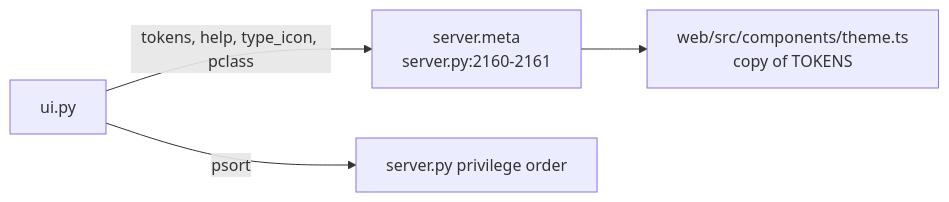
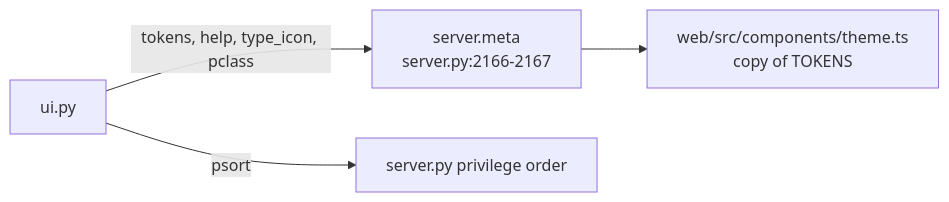
Before and after one commit to darshanmeel/snowflake-access-explorer: the diagram in snowflake-access-explorer-knowledge-graph/modules/ui.md, drawn with Mermaid. The commit also changed 62 other files, not shown here.

First line of the commit message:
Docs and knowledge graph for the SQL panel; section SQL leaves the app's own queries out like the tab

````diff
--- a/snowflake-access-explorer-knowledge-graph/modules/ui.md
+++ b/snowflake-access-explorer-knowledge-graph/modules/ui.md
@@ -6,6 +6,6 @@
 ```mermaid
 flowchart LR
-  UI[ui.py] -->|tokens, help, type_icon, pclass| M[server.meta<br/>server.py:2160-2161]
+  UI[ui.py] -->|tokens, help, type_icon, pclass| M[server.meta<br/>server.py:2166-2167]
   M --> W[web/src/components/theme.ts<br/>copy of TOKENS]
   UI -->|psort| S[server.py privilege order]
 ```
````
